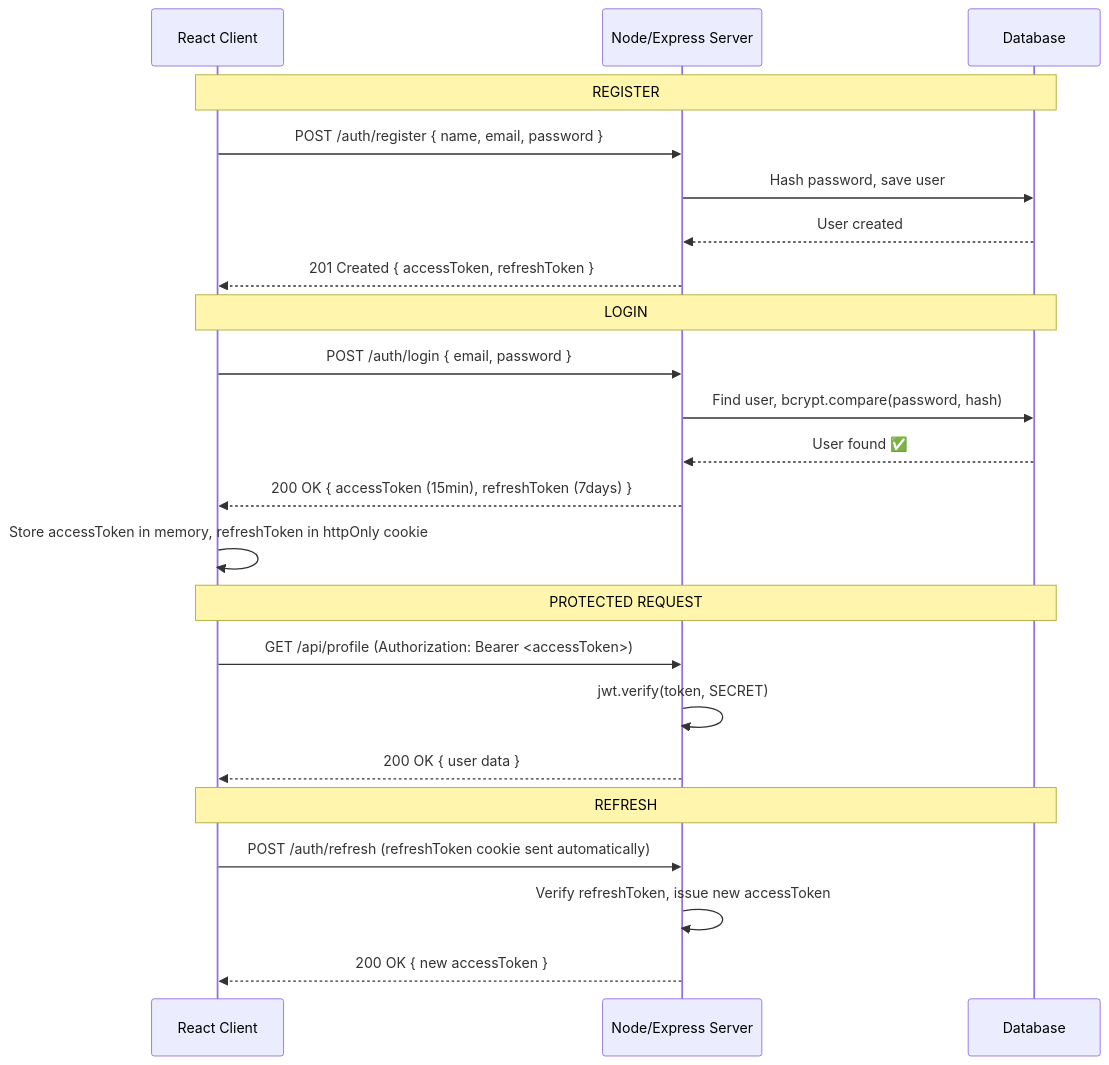
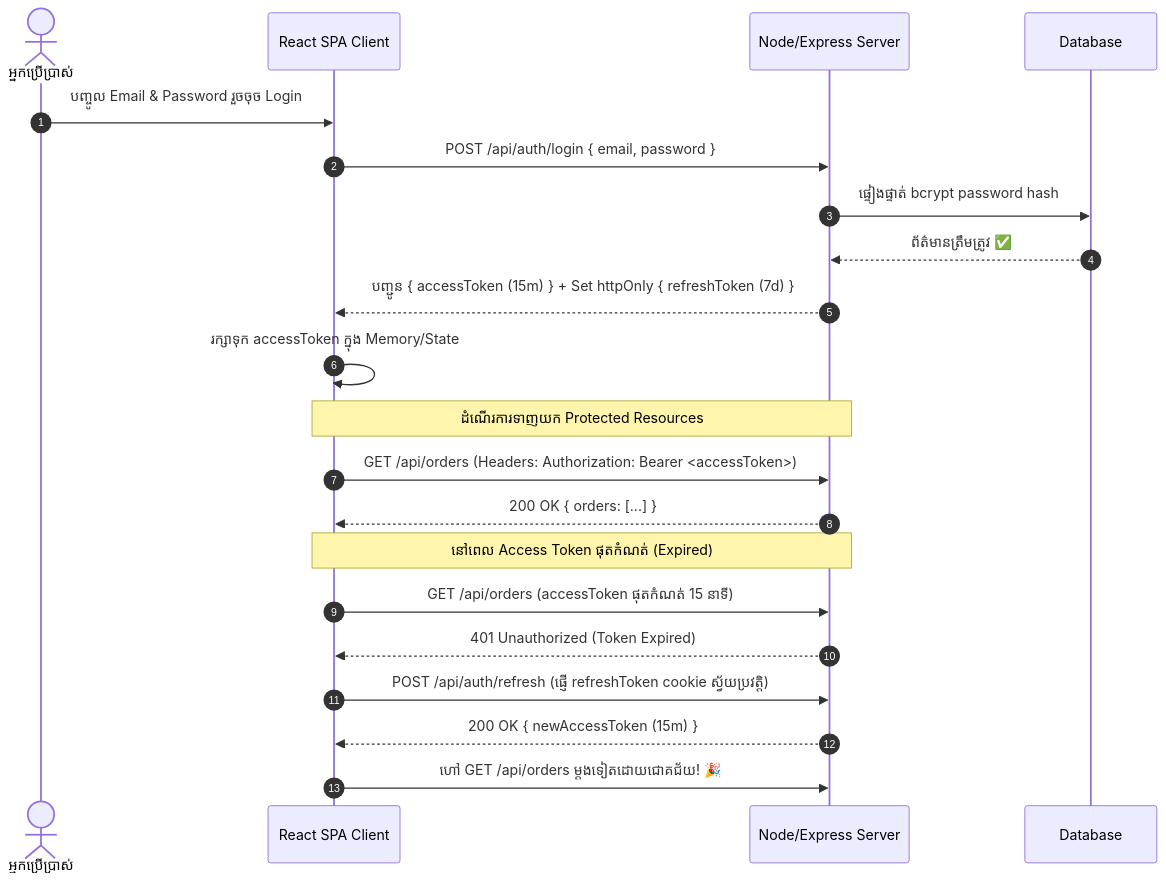
Before and after one commit to Ari-ICU/full-stack-short-coures: the diagram in src/courses/react/module-12-authentication/01-auth-concepts.mdx, drawn with Mermaid. The commit also changed other lines of this file and 26 other files, not shown here.

````diff
--- a/src/courses/react/module-12-authentication/01-auth-concepts.mdx
+++ b/src/courses/react/module-12-authentication/01-auth-concepts.mdx
@@ -49,29 +81,26 @@
 ```mermaid
 sequenceDiagram
-    participant Client as React Client
+    autonumber
+    actor User as អ្នកប្រើប្រាស់
+    participant Client as React SPA Client
     participant Server as Node/Express Server
     participant DB as Database
 
-    Note over Client, DB: REGISTER
-    Client->>Server: POST /auth/register { name, email, password }
-    Server->>DB: Hash password, save user
-    DB-->>Server: User created
-    Server-->>Client: 201 Created { accessToken, refreshToken }
+    User->>Client: បញ្ចូល Email & Password រួចចុច Login
+    Client->>Server: POST /api/auth/login { email, password }
+    Server->>DB: ផ្ទៀងផ្ទាត់ bcrypt password hash
+    DB-->>Server: ព័ត៌មានត្រឹមត្រូវ ✅
+    Server-->>Client: បញ្ជូន { accessToken (15m) } + Set httpOnly { refreshToken (7d) }
+    Client->>Client: រក្សាទុក accessToken ក្នុង Memory/State
 
-    Note over Client, DB: LOGIN
-    Client->>Server: POST /auth/login { email, password }
-    Server->>DB: Find user, bcrypt.compare(password, hash)
-    DB-->>Server: User found ✅
-    Server-->>Client: 200 OK { accessToken (15min), refreshToken (7days) }
-    Client->>Client: Store accessToken in memory, refreshToken in httpOnly cookie
+    Note over Client, Server: ដំណើរការទាញយក Protected Resources
+    Client->>Server: GET /api/orders (Headers: Authorization: Bearer <accessToken>)
+    Server-->>Client: 200 OK { orders: [...] }
 
-    Note over Client, DB: PROTECTED REQUEST
-    Client->>Server: GET /api/profile (Authorization: Bearer <accessToken>)
-    Server->>Server: jwt.verify(token, SECRET)
-    Server-->>Client: 200 OK { user data }
-
-    Note over Client, DB: REFRESH
-    Client->>Server: POST /auth/refresh (refreshToken cookie sent automatically)
-    Server->>Server: Verify refreshToken, issue new accessToken
-    Server-->>Client: 200 OK { new accessToken }
+    Note over Client, Server: នៅពេល Access Token ផុតកំណត់ (Expired)
+    Client->>Server: GET /api/orders (accessToken ផុតកំណត់ 15 នាទី)
+    Server-->>Client: 401 Unauthorized (Token Expired)
+    Client->>Server: POST /api/auth/refresh (ផ្ញើ refreshToken cookie ស្វ័យប្រវត្តិ)
+    Server-->>Client: 200 OK { newAccessToken (15m) }
+    Client->>Server: ហៅ GET /api/orders ម្តងទៀតដោយជោគជ័យ! 🎉
 ```
````
